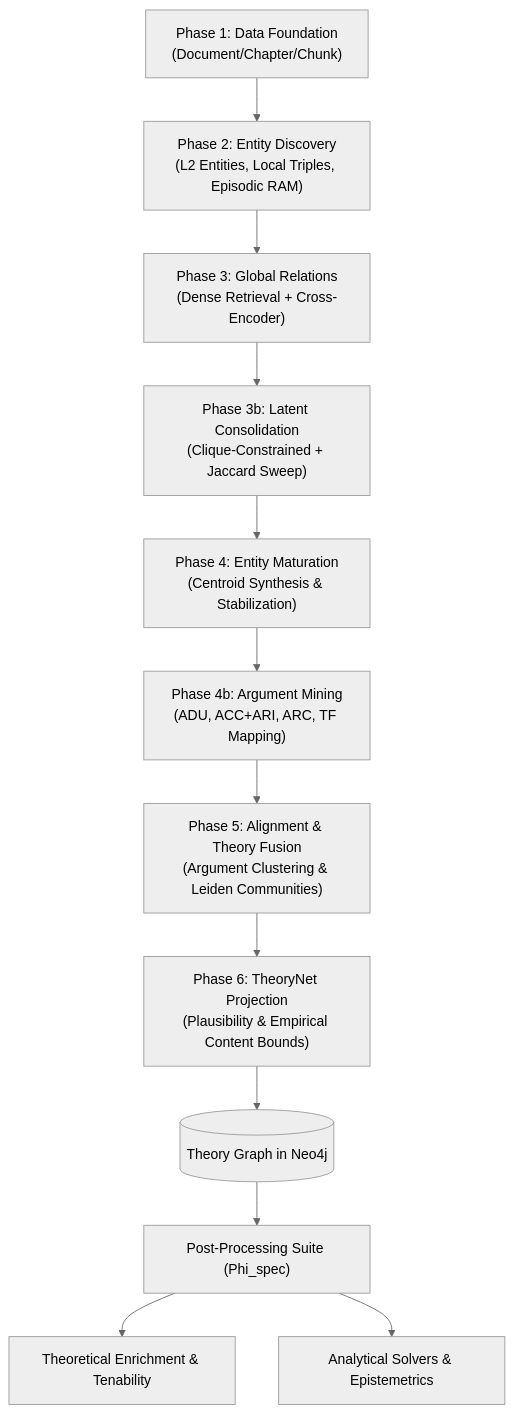
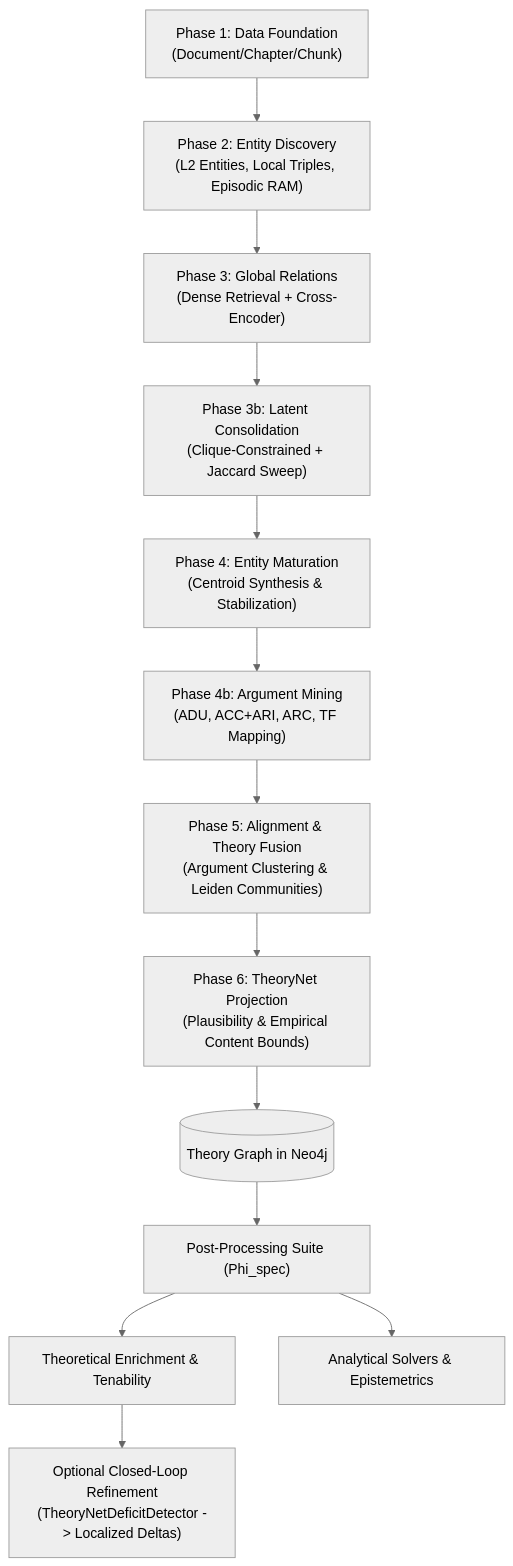
One commit to maxoem/EpistemeX changed the diagram in docs/workflow/index.md. Above: the diagram before and after it, drawn with Mermaid (neutral theme). The commit also changed other lines of this file and 9 other files, not shown here.

````diff
--- a/docs/workflow/index.md
+++ b/docs/workflow/index.md
@@ -101,14 +107,15 @@
 ```mermaid
 flowchart TD
     P1["Phase 1: Data Foundation<br>(Document/Chapter/Chunk)"] --> P2["Phase 2: Entity Discovery<br>(L2 Entities, Local Triples, Episodic RAM)"]
     P2 --> P3["Phase 3: Global Relations<br>(Dense Retrieval + Cross-Encoder)"]
     P3 --> P3b["Phase 3b: Latent Consolidation<br>(Clique-Constrained + Jaccard Sweep)"]
     P3b --> P4["Phase 4: Entity Maturation<br>(Centroid Synthesis & Stabilization)"]
     P4 --> P4b["Phase 4b: Argument Mining<br>(ADU, ACC+ARI, ARC, TF Mapping)"]
     P4b --> P5["Phase 5: Alignment & Theory Fusion<br>(Argument Clustering & Leiden Communities)"]
     P5 --> P6["Phase 6: TheoryNet Projection<br>(Plausibility & Empirical Content Bounds)"]
     P6 --> G[("Theory Graph in Neo4j")]
     G --> H["Post-Processing Suite (Phi_spec)"]
     H --> H1["Theoretical Enrichment & Tenability"]
     H --> H2["Analytical Solvers & Epistemetrics"]
+    H1 --> R["Optional Closed-Loop Refinement<br>(TheoryNetDeficitDetector -> Localized Deltas)"]
 ```
````
